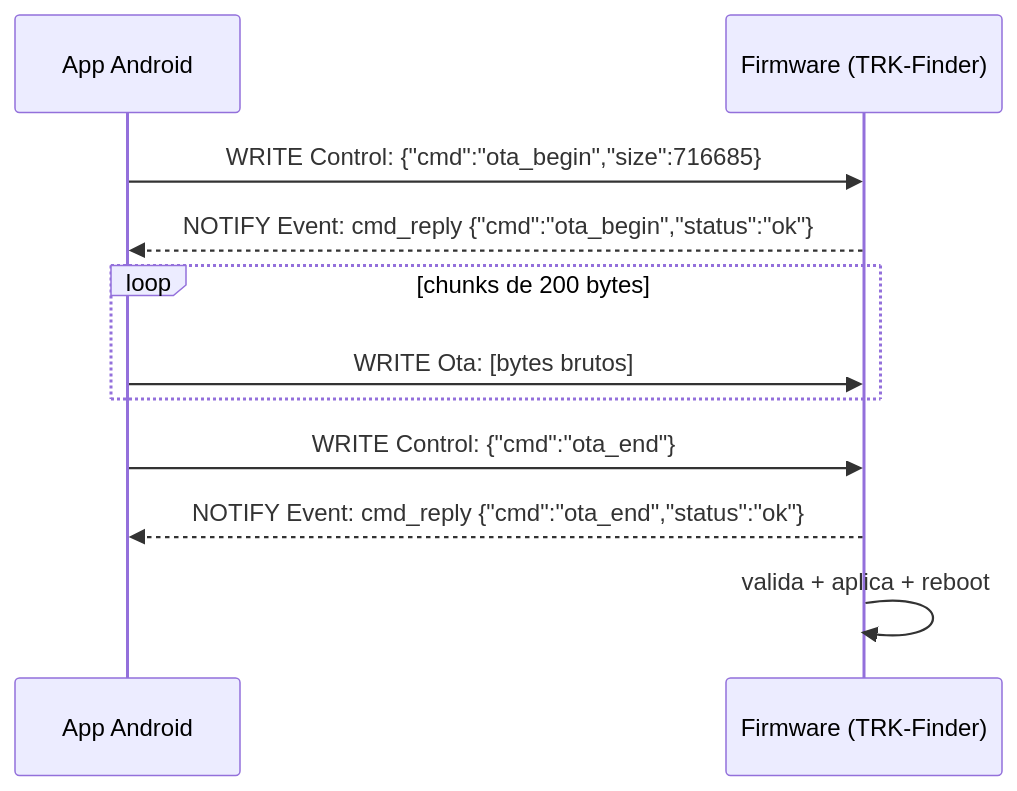
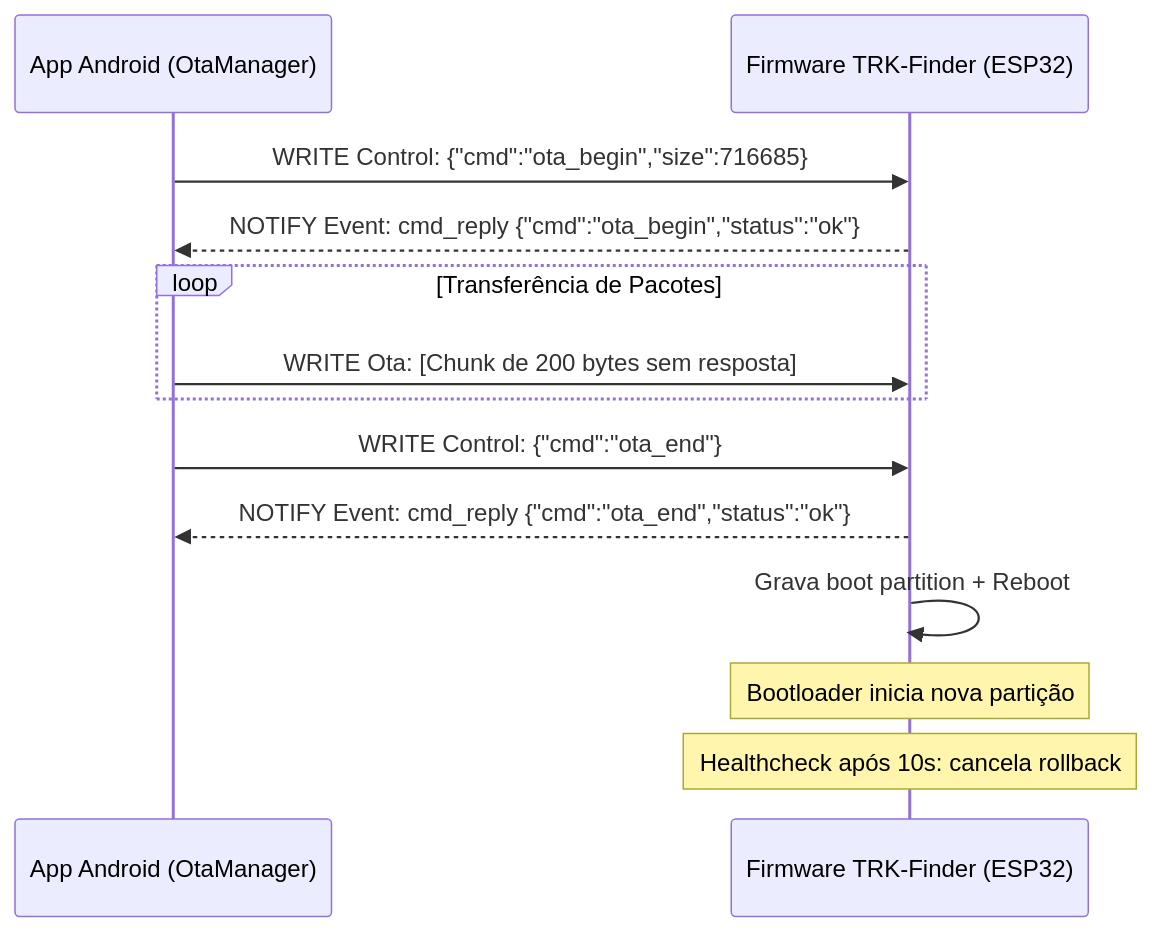
Before and after one commit to charlles-dev/trakr: the diagram in docs/protocol/gatt.md, drawn with Mermaid. The commit also changed other lines of this file and 53 other files, not shown here.

````diff
--- a/docs/protocol/gatt.md
+++ b/docs/protocol/gatt.md
@@ -123,14 +227,16 @@
 ```mermaid
 sequenceDiagram
-    participant A as App Android
-    participant F as Firmware (TRK-Finder)
+    participant A as App Android (OtaManager)
+    participant F as Firmware TRK-Finder (ESP32)
 
     A->>F: WRITE Control: {"cmd":"ota_begin","size":716685}
     F-->>A: NOTIFY Event: cmd_reply {"cmd":"ota_begin","status":"ok"}
-    loop chunks de 200 bytes
-        A->>F: WRITE Ota: [bytes brutos]
+    loop Transferência de Pacotes
+        A->>F: WRITE Ota: [Chunk de 200 bytes sem resposta]
     end
     A->>F: WRITE Control: {"cmd":"ota_end"}
     F-->>A: NOTIFY Event: cmd_reply {"cmd":"ota_end","status":"ok"}
-    F->>F: valida + aplica + reboot
+    F->>F: Grava boot partition + Reboot
+    Note over F: Bootloader inicia nova partição
+    Note over F: Healthcheck após 10s: cancela rollback
 ```
````
